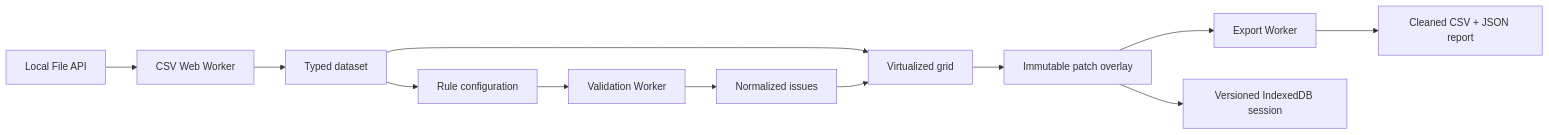
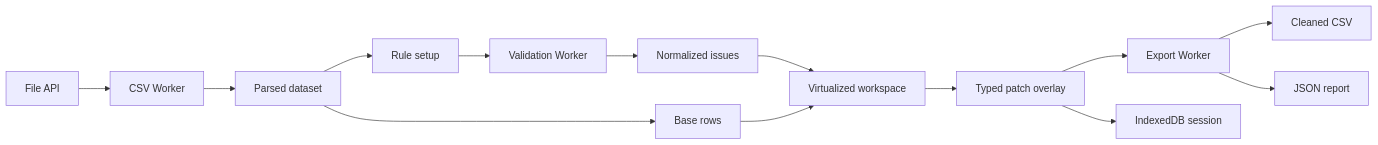
One commit to SameQushori/TableLint changed the diagram in README.md. Above: the diagram before and after it, drawn with Mermaid. The commit also changed other lines of this file and 9 other files, not shown here.

````diff
--- a/README.md
+++ b/README.md
@@ -39,14 +42,16 @@
 ```mermaid
 flowchart LR
-  F["Local File API"] --> W["CSV Web Worker"]
-  W --> D["Typed dataset"]
-  D --> R["Rule configuration"]
-  R --> V["Validation Worker"]
-  V --> I["Normalized issues"]
-  D --> G["Virtualized grid"]
-  I --> G
-  G --> P["Immutable patch overlay"]
-  P --> X["Export Worker"]
-  P --> S["Versioned IndexedDB session"]
-  X --> O["Cleaned CSV + JSON report"]
+    A["File API"] --> B["CSV Worker"]
+    B --> C["Parsed dataset"]
+    C --> D["Rule setup"]
+    D --> E["Validation Worker"]
+    E --> F["Normalized issues"]
+    C --> G["Base rows"]
+    F --> H["Virtualized workspace"]
+    G --> H
+    H --> I["Typed patch overlay"]
+    I --> J["Export Worker"]
+    J --> K["Cleaned CSV"]
+    J --> L["JSON report"]
+    I --> M["IndexedDB session"]
 ```
````
